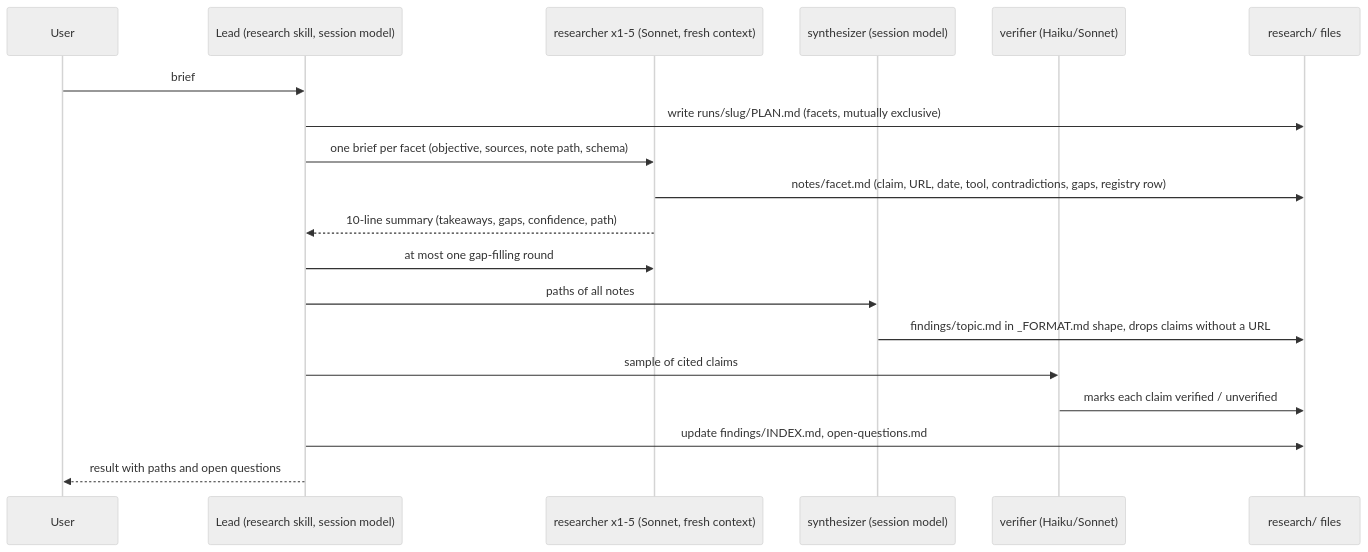
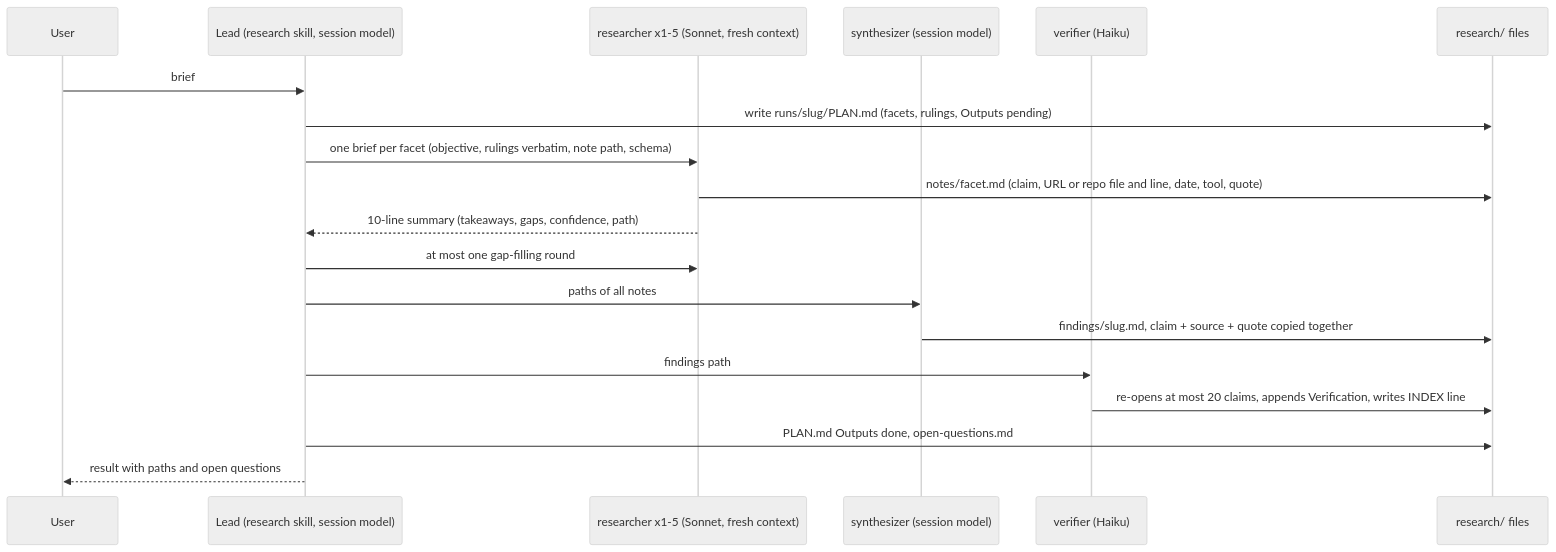
One commit to jcallahanp/Autonomy-Research changed the diagram in docs/diagrams/c3-research-run.mmd. Above: the diagram before and after it, drawn with Mermaid (neutral theme). The commit also changed 4 other files, not shown here.

First line of the commit message:
Round 1: update install docs, three diagrams and open questions

```diff
--- a/docs/diagrams/c3-research-run.mmd
+++ b/docs/diagrams/c3-research-run.mmd
@@ -1,20 +1,20 @@
 sequenceDiagram
   participant U as User
   participant L as Lead (research skill, session model)
   participant W as researcher x1-5 (Sonnet, fresh context)
   participant S as synthesizer (session model)
-  participant V as verifier (Haiku/Sonnet)
+  participant V as verifier (Haiku)
   participant F as research/ files
 
   U->>L: brief
-  L->>F: write runs/slug/PLAN.md (facets, mutually exclusive)
-  L->>W: one brief per facet (objective, sources, note path, schema)
-  W->>F: notes/facet.md (claim, URL, date, tool, contradictions, gaps, registry row)
+  L->>F: write runs/slug/PLAN.md (facets, rulings, Outputs pending)
+  L->>W: one brief per facet (objective, rulings verbatim, note path, schema)
+  W->>F: notes/facet.md (claim, URL or repo file and line, date, tool, quote)
   W-->>L: 10-line summary (takeaways, gaps, confidence, path)
   L->>W: at most one gap-filling round
   L->>S: paths of all notes
-  S->>F: findings/topic.md in _FORMAT.md shape, drops claims without a URL
-  L->>V: sample of cited claims
-  V->>F: marks each claim verified / unverified
-  L->>F: update findings/INDEX.md, open-questions.md
+  S->>F: findings/slug.md, claim + source + quote copied together
+  L->>V: findings path
+  V->>F: re-opens at most 20 claims, appends Verification, writes INDEX line
+  L->>F: PLAN.md Outputs done, open-questions.md
   L-->>U: result with paths and open questions
```
